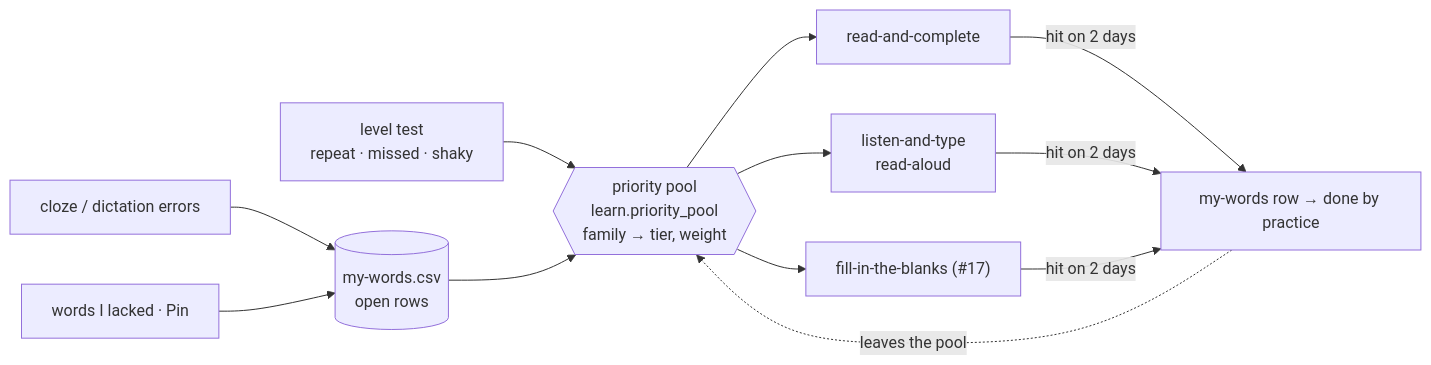
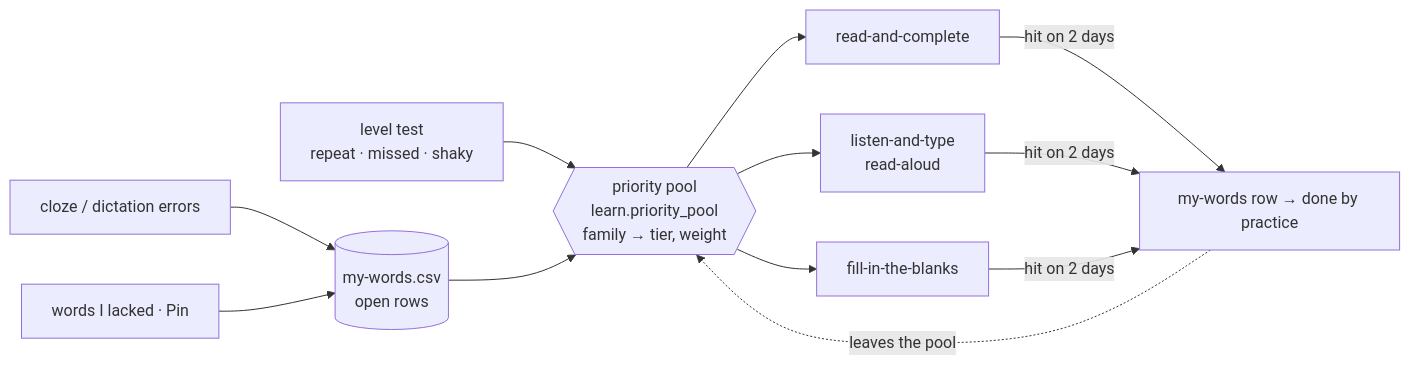
The second of 4 diagrams in practice/README.md (nhanpc/DET), drawn with Mermaid before and after one commit. The commit also changed other lines of this file and 454 other files, not shown here.

````diff
--- a/practice/README.md
+++ b/practice/README.md
@@ -61,11 +63,11 @@
 ```mermaid
 flowchart LR
     T["level test<br/>repeat · missed · shaky"] --> P
     C["cloze / dictation errors"] --> M[("my-words.csv<br/>open rows")] --> P
     L["words I lacked · Pin"] --> M
     P{{"priority pool<br/>learn.priority_pool<br/>family → tier, weight"}} --> RC["read-and-complete"]
     P --> LT["listen-and-type<br/>read-aloud"]
-    P --> FB["fill-in-the-blanks (#17)"]
+    P --> FB["fill-in-the-blanks"]
     RC & LT & FB -->|"hit on 2 days"| D["my-words row → done by practice"]
     D -.->|"leaves the pool"| P
 ```
````
